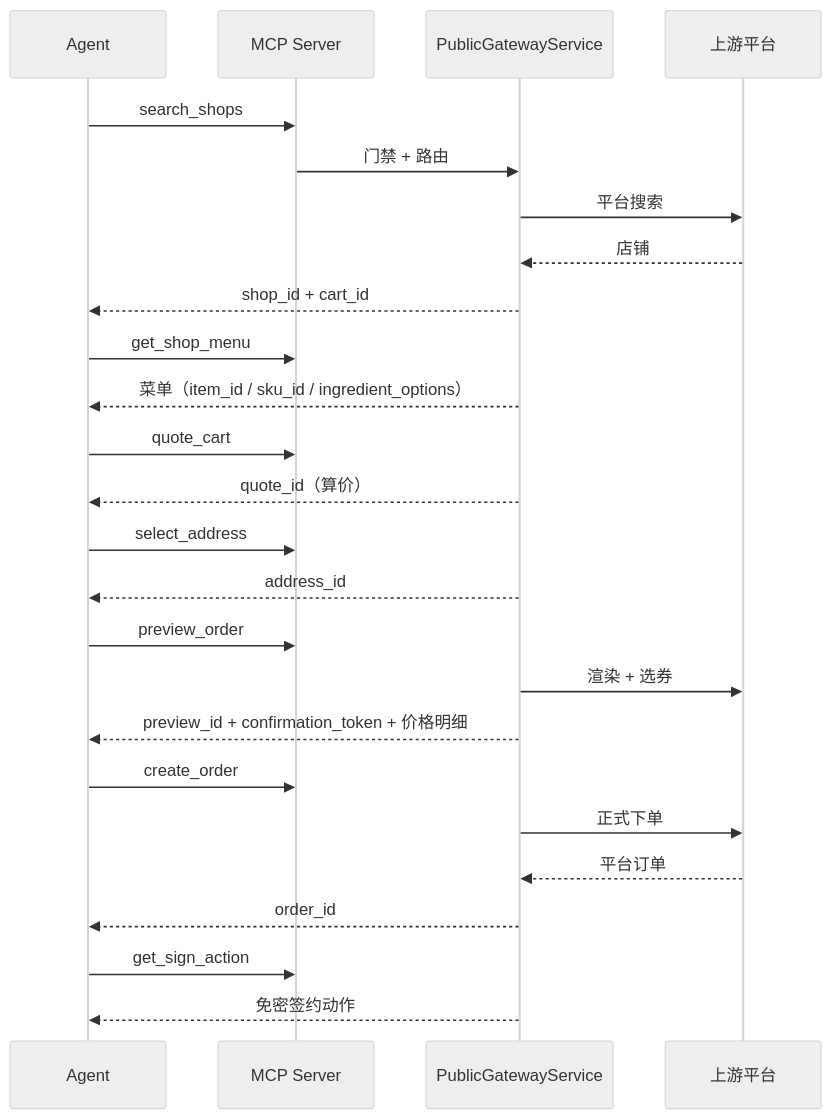
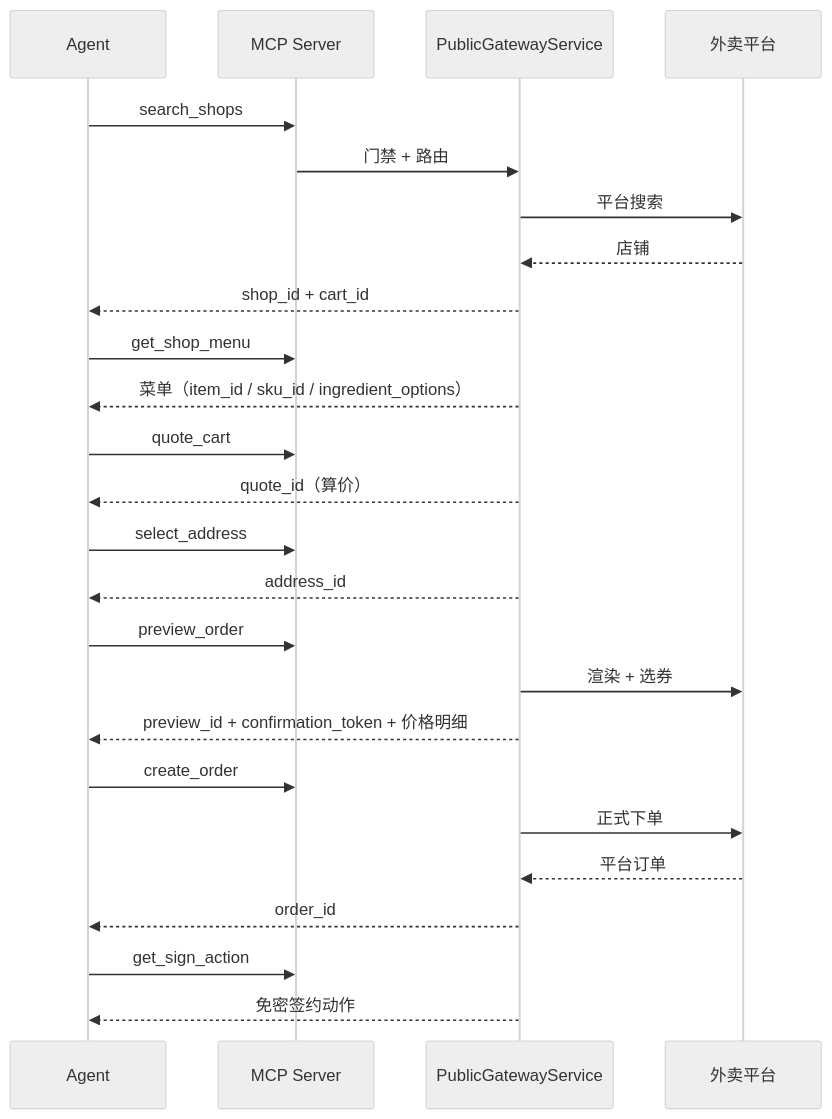
The third of 3 diagrams in gateway/architecture.mdx (clawdot/docs), drawn with Mermaid (neutral theme) before and after one commit. The commit also changed other lines of this file and 88 other files, not shown here.

````diff
--- a/gateway/architecture.mdx
+++ b/gateway/architecture.mdx
@@ -122,34 +122,34 @@
 ```mermaid
 sequenceDiagram
   participant Agent
   participant GW as MCP Server
   participant Svc as PublicGatewayService
-  participant Up as 上游平台
+  participant Up as 外卖平台
 
   Agent->>GW: search_shops
   GW->>Svc: 门禁 + 路由
   Svc->>Up: 平台搜索
   Up-->>Svc: 店铺
   Svc-->>Agent: shop_id + cart_id
 
   Agent->>GW: get_shop_menu
   Svc-->>Agent: 菜单（item_id / sku_id / ingredient_options）
 
   Agent->>GW: quote_cart
   Svc-->>Agent: quote_id（算价）
 
   Agent->>GW: select_address
   Svc-->>Agent: address_id
 
   Agent->>GW: preview_order
   Svc->>Up: 渲染 + 选券
   Svc-->>Agent: preview_id + confirmation_token + 价格明细
 
   Agent->>GW: create_order
   Svc->>Up: 正式下单
   Up-->>Svc: 平台订单
   Svc-->>Agent: order_id
 
   Agent->>GW: get_sign_action
   Svc-->>Agent: 免密签约动作
 ```
````
